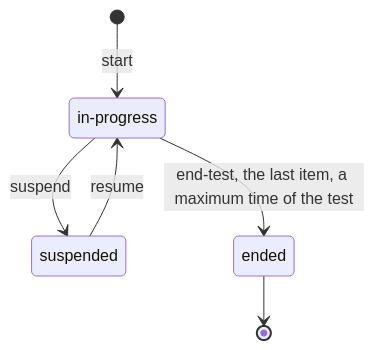
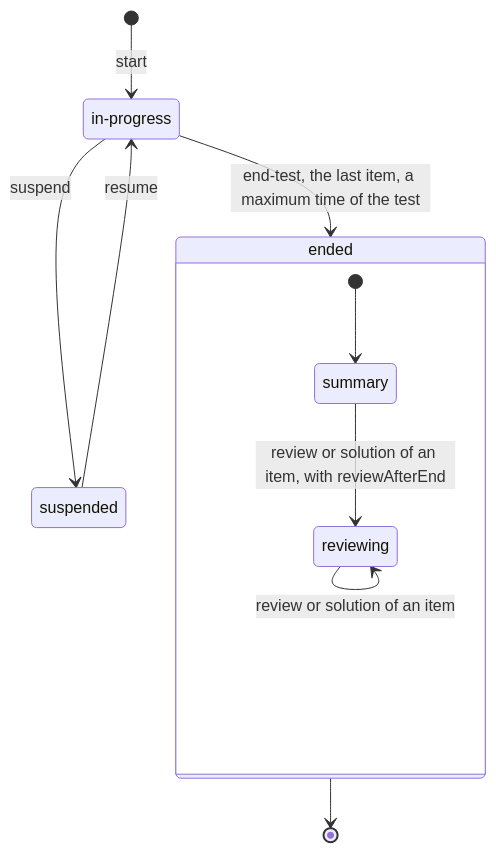
The first of 7 diagrams in docs/runtime/delivery.md (assesskit/assesskit), drawn with Mermaid before and after one commit. The commit also changed other lines of this file and 16 other files, not shown here.

First line of the commit message:
Let a review open after the test ended, and pin it to the content the candidate sat

````diff
--- a/docs/runtime/delivery.md
+++ b/docs/runtime/delivery.md
@@ -13,9 +13,14 @@
 ```mermaid
 stateDiagram-v2
   state "in-progress" as InProgress
   [*] --> InProgress: start
   InProgress --> suspended: suspend
   suspended --> InProgress: resume
   InProgress --> ended: end-test, the last item, a maximum time of the test
+  state ended {
+    [*] --> summary
+    summary --> reviewing: review or solution of an item, with reviewAfterEnd
+    reviewing --> reviewing: review or solution of an item
+  }
   ended --> [*]
 ```
````
